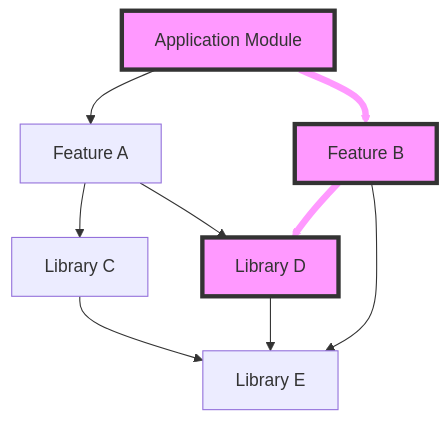
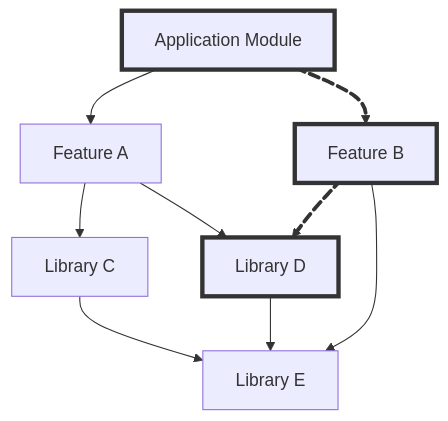
One commit to Minirogue/shawns-guide-to-code changed the fifth of 11 diagrams in docs/dependency-graphs.md. Above: the diagram before and after it, drawn with Mermaid. The commit also changed other lines of this file and 1 other file, not shown here.

````diff
--- a/docs/dependency-graphs.md
+++ b/docs/dependency-graphs.md
@@ -118,15 +118,16 @@
 ```mermaid
 graph TB
 	App[Application Module] --> A[Feature A]
-	App --> B[Feature B]
+	App e1@==> B[Feature B]
 	A --> C[Library C]
 	A --> D[Library D]
-	B --> D
+	B e2@==> D
 	B --> Util[Library E]
 	C --> Util
 	D --> Util
-	style App fill:#f9f,stroke:#333,stroke-width:4px
-	style B fill:#f9f,stroke:#333,stroke-width:4px
-	style D fill:#f9f,stroke:#333,stroke-width:4px
-	linkStyle 1,4 stroke:#f9f,stroke-width:6px;
+	style App stroke:#333,stroke-width:4px
+	style B stroke:#333,stroke-width:4px
+	style D stroke:#333,stroke-width:4px
+	e1@{ animate: true }
+	e2@{ animate: true }
 ```
````
